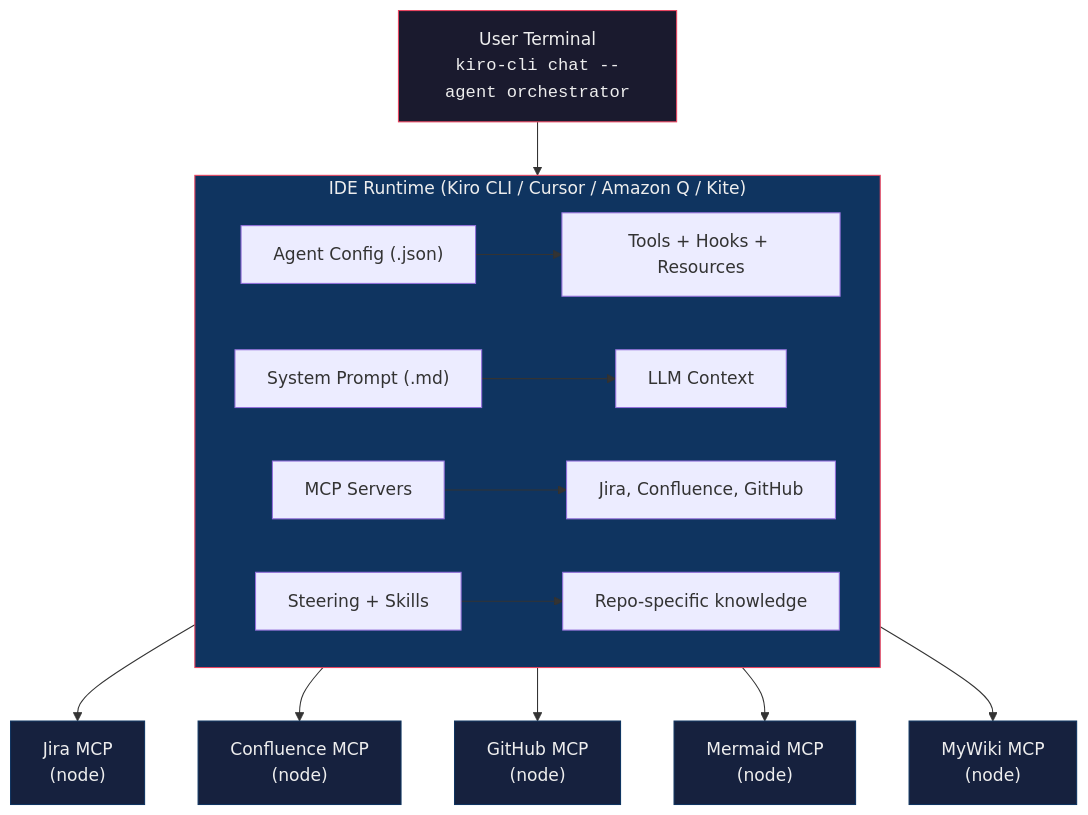
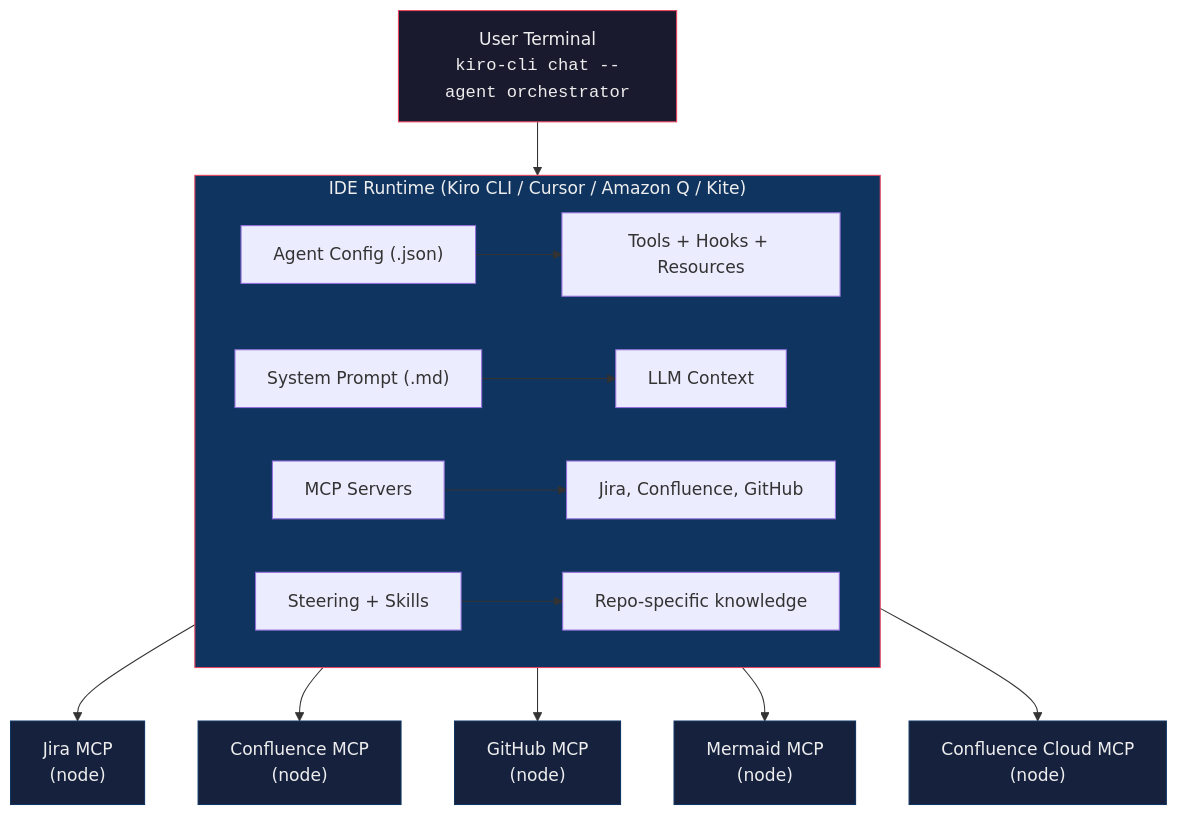
Before and after one commit to rsanchez-disney/steer-runtime: the third of 4 diagrams in docs/architecture/PROJECT_OVERVIEW.md, drawn with Mermaid. The commit also changed other lines of this file and 261 other files, not shown here.

First line of the commit message:
chore: migrate myjira + mywiki → Atlassian Cloud (#551)

````diff
--- a/docs/architecture/PROJECT_OVERVIEW.md
+++ b/docs/architecture/PROJECT_OVERVIEW.md
@@ -144,27 +144,27 @@
 ```mermaid
 graph TD
     terminal["User Terminal<br/><code>kiro-cli chat --agent orchestrator</code>"]
 
     terminal --> runtime
 
     subgraph runtime["IDE Runtime (Kiro CLI / Cursor / Amazon Q / Kite)"]
         config["Agent Config (.json)"] --> tools["Tools + Hooks + Resources"]
         prompt["System Prompt (.md)"] --> llm["LLM Context"]
         mcpcfg["MCP Servers"] --> integrations["Jira, Confluence, GitHub"]
         steering["Steering + Skills"] --> knowledge["Repo-specific knowledge"]
     end
 
     runtime --> jira["Jira MCP<br/>(node)"]
     runtime --> confluence["Confluence MCP<br/>(node)"]
     runtime --> github["GitHub MCP<br/>(node)"]
     runtime --> mermaid["Mermaid MCP<br/>(node)"]
-    runtime --> mywiki["MyWiki MCP<br/>(node)"]
+    runtime --> cloud-wiki["Confluence Cloud MCP<br/>(node)"]
 
     style terminal fill:#1a1a2e,stroke:#e94560,color:#eee
     style runtime fill:#0f3460,stroke:#e94560,color:#eee
     style jira fill:#16213e,stroke:#0f3460,color:#eee
     style confluence fill:#16213e,stroke:#0f3460,color:#eee
     style github fill:#16213e,stroke:#0f3460,color:#eee
     style mermaid fill:#16213e,stroke:#0f3460,color:#eee
-    style mywiki fill:#16213e,stroke:#0f3460,color:#eee
+    style cloud-wiki fill:#16213e,stroke:#0f3460,color:#eee
 ```
````
